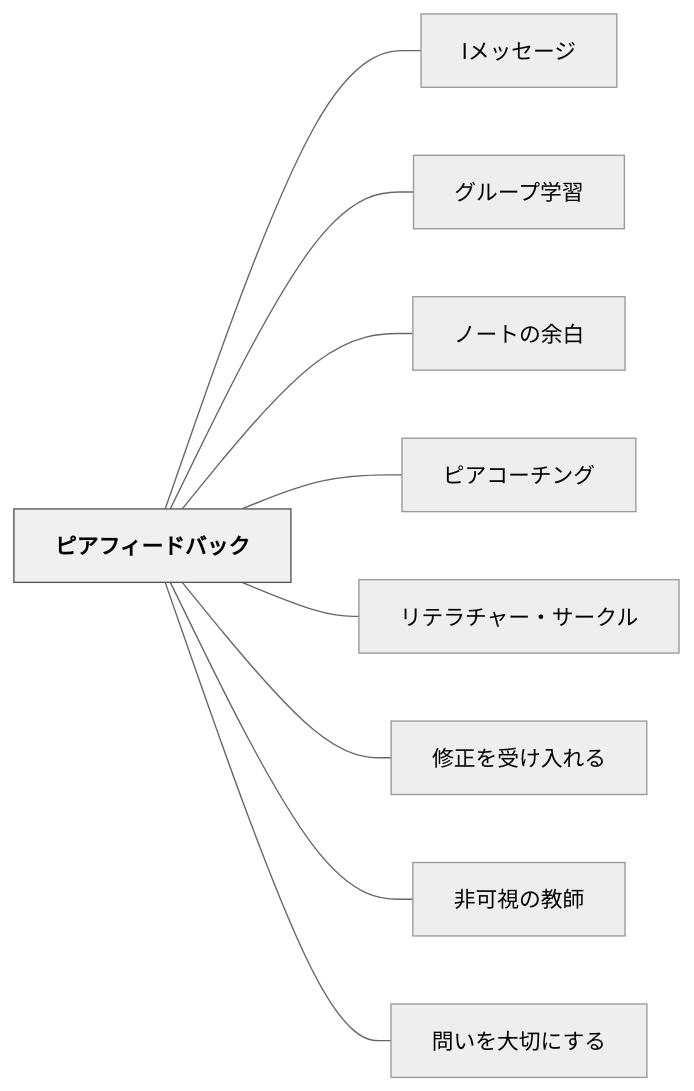
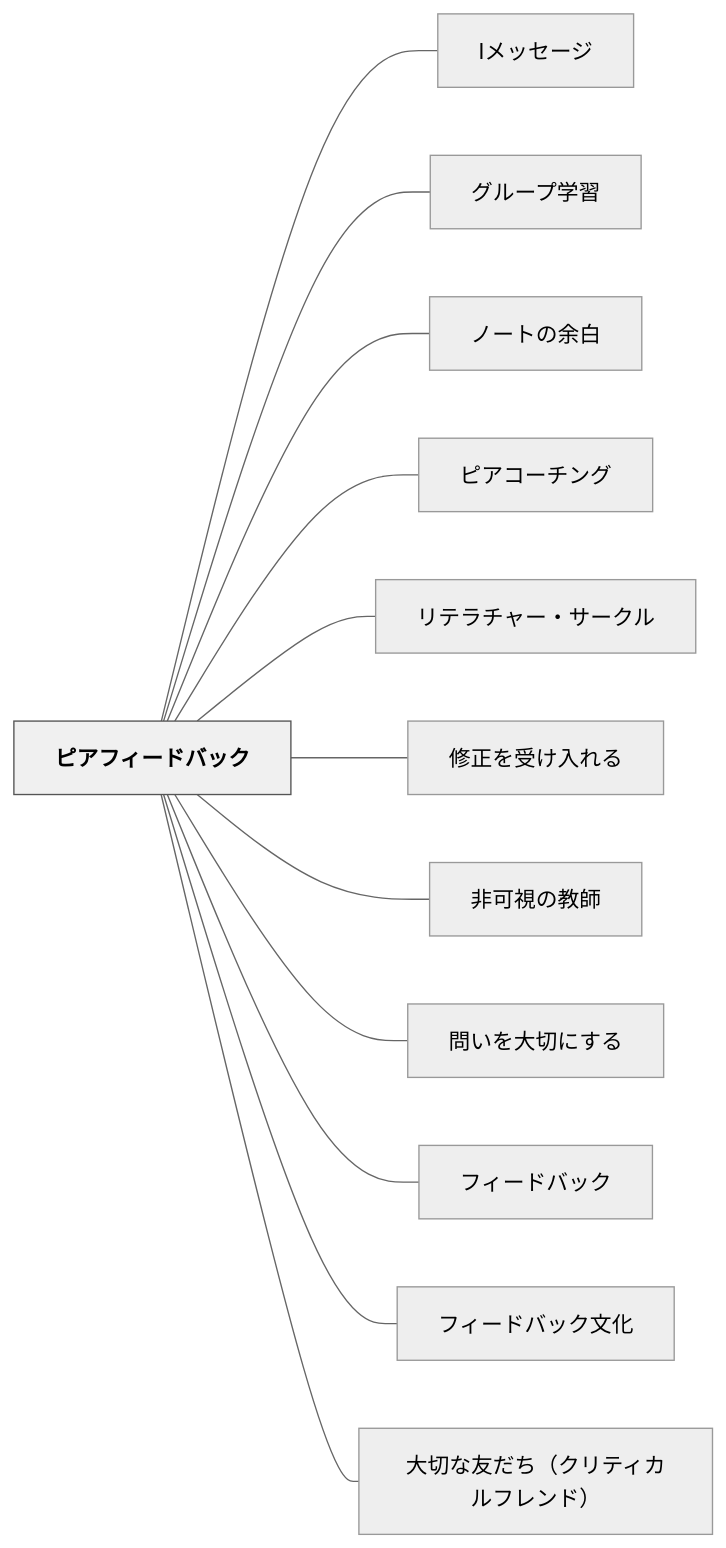
One commit to unknownthings-ed-patterns/unknownthings-ed-patterns changed the diagram in content/パタン/ピアフィードバック.md. Above: the diagram before and after it, drawn with Mermaid (neutral theme). The commit also changed other lines of this file and 100 other files, not shown here.

````diff
--- a/content/パタン/ピアフィードバック.md
+++ b/content/パタン/ピアフィードバック.md
@@ -90,24 +88,30 @@
 ```mermaid
 flowchart LR
     ne38394e382a2e38395e382a3e383bce38389e38390e38383e382af["ピアフィードバック"]
     n49e383a1e38383e382bbe383bce382b8["Iメッセージ"]
     ne382b0e383abe383bce38397e5ada6e7bf92["グループ学習"]
     ne3838ee383bce38388e381aee4bd99e799bd["ノートの余白"]
     ne38394e382a2e382b3e383bce38381e383b3e382b0["ピアコーチング"]
     ne383aae38386e383a9e38381e383a3e383bce383bbe382b5e383bce382afe383ab["リテラチャー・サークル"]
     ne4bfaee6ada3e38292e58f97e38191e585a5e3828ce3828b["修正を受け入れる"]
     ne99d9ee58fafe8a696e381aee69599e5b8ab["非可視の教師"]
     ne5958fe38184e38292e5a4a7e58887e381abe38199e3828b["問いを大切にする"]
+    ne38395e382a3e383bce38389e38390e38383e382af["フィードバック"]
+    ne38395e382a3e383bce38389e38390e38383e382afe69687e58c96["フィードバック文化"]
+    ne5a4a7e58887e381aae58f8be381a0e381a1efbc88e382afe383aae38386e382a3e382abe383abe38395e383ace383b3e38389efbc89["大切な友だち（クリティカルフレンド）"]
 
     ne38394e382a2e38395e382a3e383bce38389e38390e38383e382af --- n49e383a1e38383e382bbe383bce382b8
     ne38394e382a2e38395e382a3e383bce38389e38390e38383e382af --- ne382b0e383abe383bce38397e5ada6e7bf92
     ne38394e382a2e38395e382a3e383bce38389e38390e38383e382af --- ne3838ee383bce38388e381aee4bd99e799bd
     ne38394e382a2e38395e382a3e383bce38389e38390e38383e382af --- ne38394e382a2e382b3e383bce38381e383b3e382b0
     ne38394e382a2e38395e382a3e383bce38389e38390e38383e382af --- ne383aae38386e383a9e38381e383a3e383bce383bbe382b5e383bce382afe383ab
     ne38394e382a2e38395e382a3e383bce38389e38390e38383e382af --- ne4bfaee6ada3e38292e58f97e38191e585a5e3828ce3828b
     ne38394e382a2e38395e382a3e383bce38389e38390e38383e382af --- ne99d9ee58fafe8a696e381aee69599e5b8ab
     ne38394e382a2e38395e382a3e383bce38389e38390e38383e382af --- ne5958fe38184e38292e5a4a7e58887e381abe38199e3828b
+    ne38394e382a2e38395e382a3e383bce38389e38390e38383e382af --- ne38395e382a3e383bce38389e38390e38383e382af
+    ne38394e382a2e38395e382a3e383bce38389e38390e38383e382af --- ne38395e382a3e383bce38389e38390e38383e382afe69687e58c96
+    ne38394e382a2e38395e382a3e383bce38389e38390e38383e382af --- ne5a4a7e58887e381aae58f8be381a0e381a1efbc88e382afe383aae38386e382a3e382abe383abe38395e383ace383b3e38389efbc89
 
     classDef hub fill:#f0f0f0,stroke:#555,color:#000,font-weight:bold
     class ne38394e382a2e38395e382a3e383bce38389e38390e38383e382af hub
 ```
````
